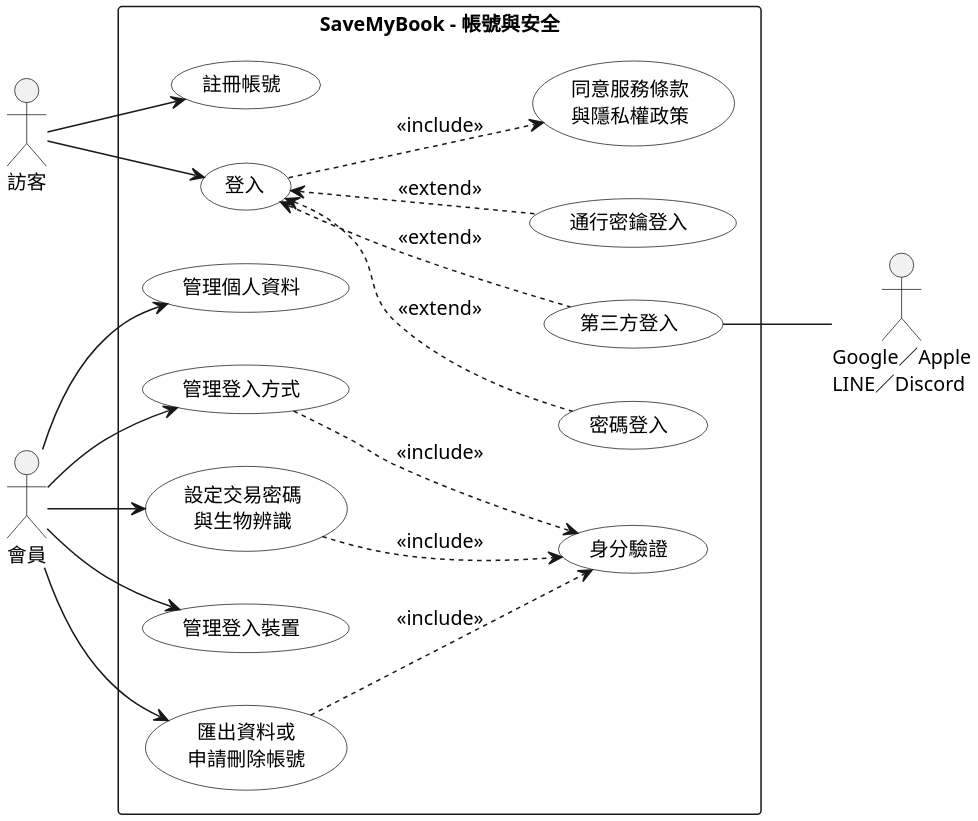
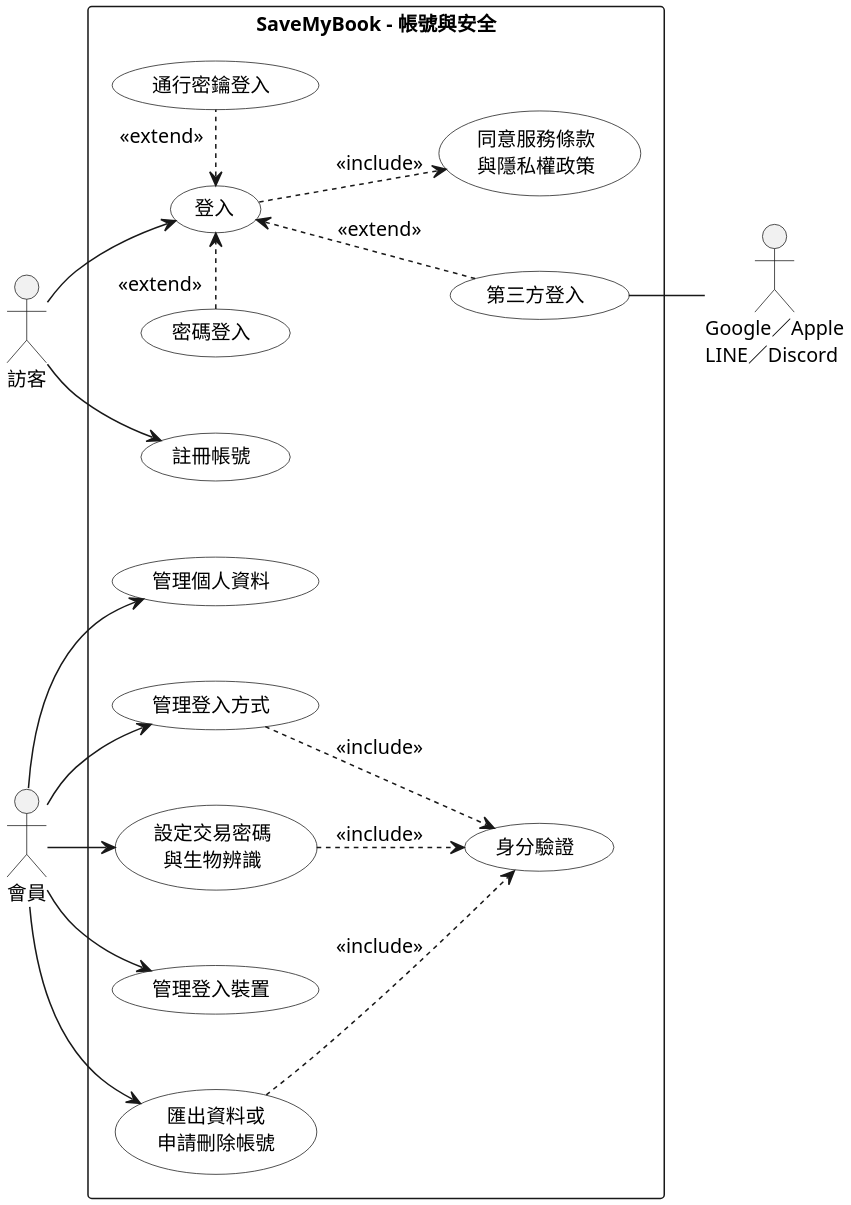
One commit to SaveMyBook/SaveMyBook changed the diagram in Diagrams/Use Case/v3/uc_account.puml. Above: the diagram before and after it, drawn with PlantUML. The commit also changed 63 other files, not shown here.

```diff
--- a/Diagrams/Use Case/v3/uc_account.puml
+++ b/Diagrams/Use Case/v3/uc_account.puml
@@ -1,46 +1,48 @@
 @startuml
 skinparam monochrome true
 skinparam shadowing false
 skinparam dpi 220
 skinparam defaultFontName "PingFang TC"
 skinparam defaultFontSize 13
 skinparam usecase {
   BackgroundColor white
 }
+skinparam nodesep 50
+skinparam ranksep 20
 left to right direction
 
 actor 訪客
 actor 會員
 actor "Google／Apple\nLINE／Discord" as Provider
 
 rectangle "SaveMyBook - 帳號與安全" {
   usecase "註冊帳號" as reg
   usecase "登入" as login
   usecase "密碼登入" as pwd
   usecase "第三方登入" as social
   usecase "通行密鑰登入" as pk
   usecase "同意服務條款\n與隱私權政策" as legal
   usecase "管理個人資料" as profile
   usecase "管理登入方式" as methods
   usecase "設定交易密碼\n與生物辨識" as pin
   usecase "身分驗證" as verify
   usecase "管理登入裝置" as sessions
   usecase "匯出資料或\n申請刪除帳號" as delete
 }
 
 訪客 --> reg
 訪客 --> login
 會員 --> profile
 會員 --> methods
 會員 --> pin
 會員 --> sessions
 會員 --> delete
-login <.. pwd : <<extend>>
+pwd "«extend»" .> login
 login <.. social : <<extend>>
-login <.. pk : <<extend>>
+login <. "«extend»" pk
 login ..> legal : <<include>>
 methods ..> verify : <<include>>
 pin ..> verify : <<include>>
 delete ..> verify : <<include>>
 social -- Provider
 @enduml
```
